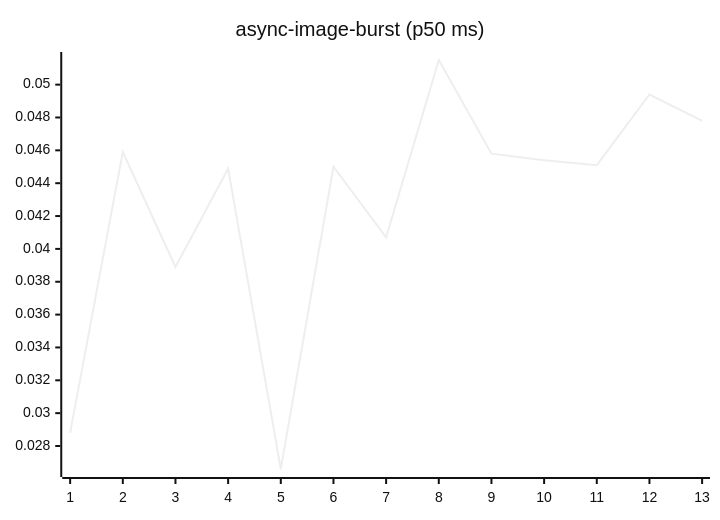
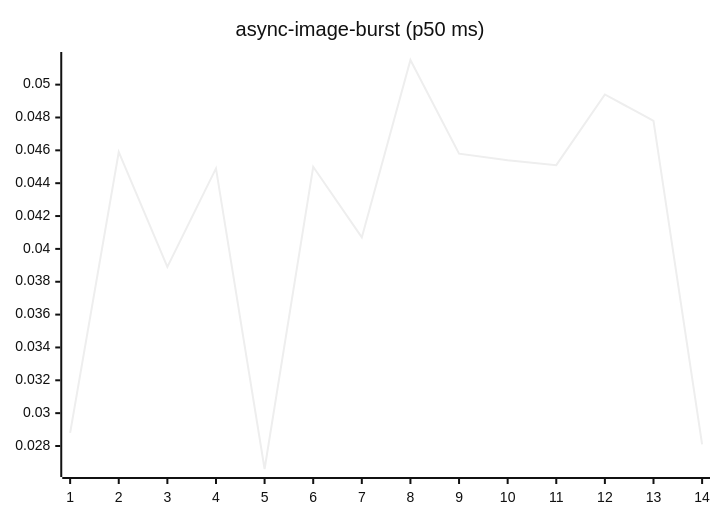
The fourth of 27 diagrams in README.md (josha/Facet), drawn with Mermaid (neutral theme) before and after one commit. The commit also changed other lines of this file and 2 other files, not shown here.

````diff
--- a/README.md
+++ b/README.md
@@ -84,6 +84,6 @@
 ```mermaid
 xychart-beta
     title "async-image-burst (p50 ms)"
-    x-axis 1 --> 13
-    line [0.0288, 0.0459, 0.0389, 0.0449, 0.0266, 0.0450, 0.0407, 0.0515, 0.0458, 0.0454, 0.0451, 0.0494, 0.0478]
+    x-axis 1 --> 14
+    line [0.0288, 0.0459, 0.0389, 0.0449, 0.0266, 0.0450, 0.0407, 0.0515, 0.0458, 0.0454, 0.0451, 0.0494, 0.0478, 0.0281]
 ```
````
